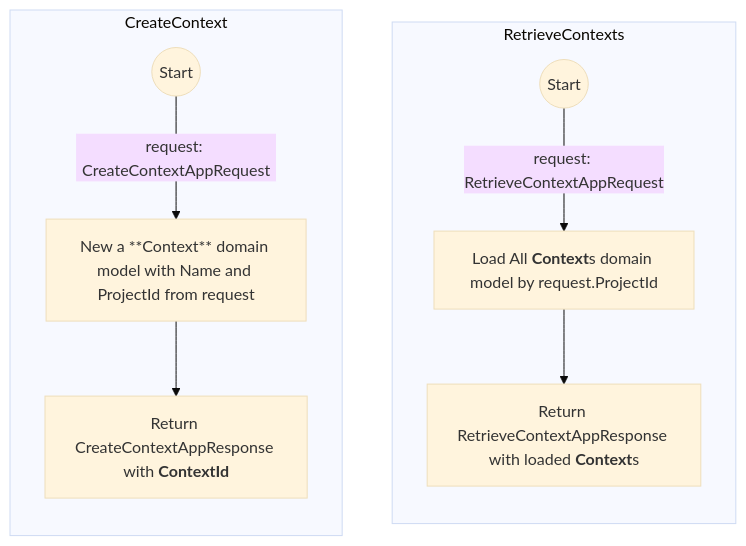
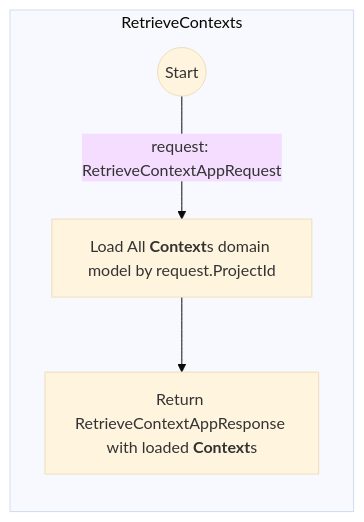
Before and after one commit to sdlfly2000/DomainBasedDesigner: the first of 3 diagrams in UML/Application/ContextAppService.md, drawn with Mermaid (base theme). The commit also changed 4 other files, not shown here.

````diff
--- a/UML/Application/ContextAppService.md
+++ b/UML/Application/ContextAppService.md
@@ -2,16 +3,9 @@
-```mermaid
+```mermaid method:"RetrieveContexts"
 graph TB
     subgraph RetrieveContexts
         direction TB
         start(("Start")) -->
         |request: RetrieveContextAppRequest| loadAllContextInProject["`Load All **Context**s domain model by request.ProjectId`"] -->
         return["`Return RetrieveContextAppResponse with loaded **Context**s`"]
     end
-
-    subgraph CreateContext
-        direction TB
-        start2(("Start")) --> 
-        |request: CreateContextAppRequest| newContext["New a **Context** domain model with Name and ProjectId from request"]-->
-        return2["`Return CreateContextAppResponse with **ContextId**`"]
-    end
 ```
````
